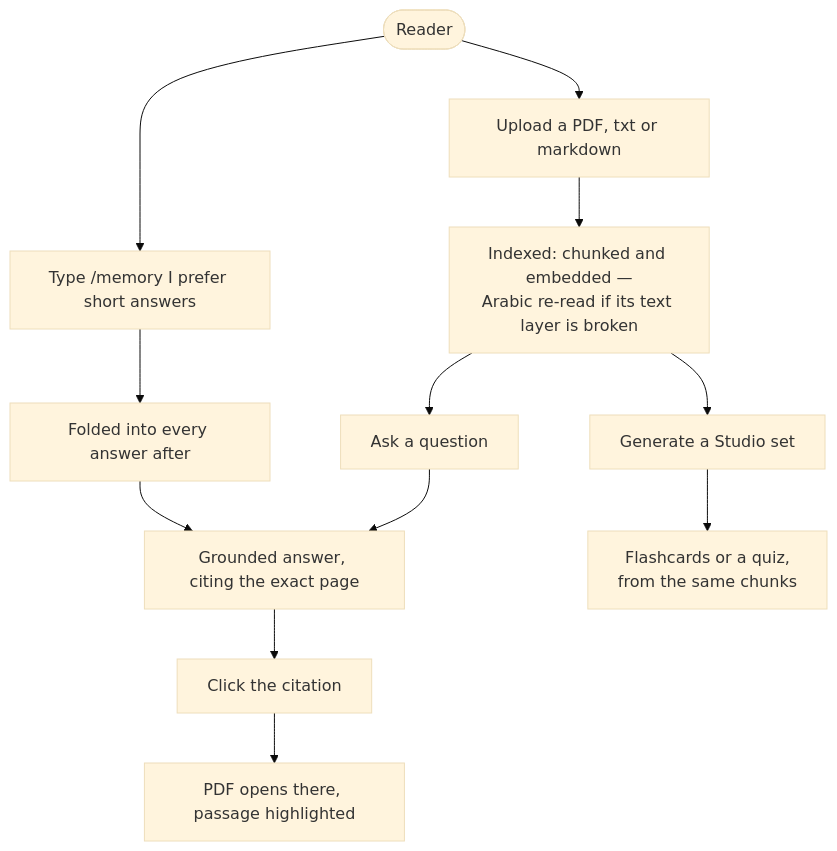
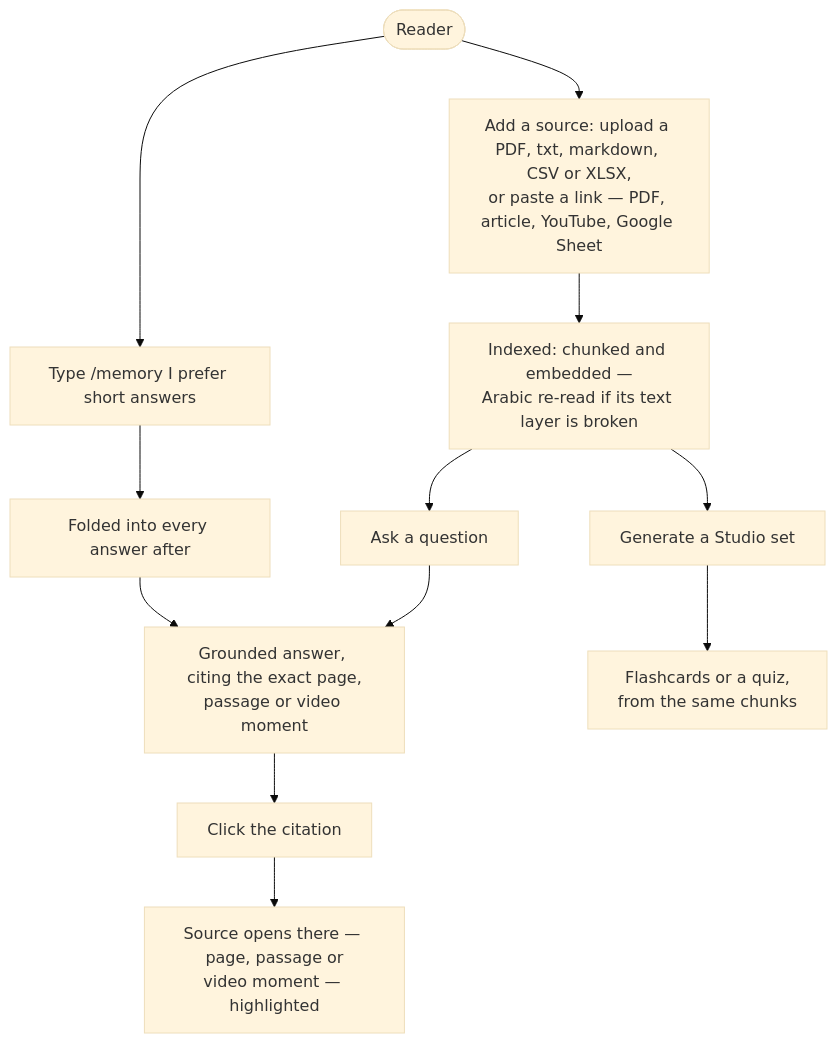
Before and after one commit to omarTBakr/notebookllm-minus: the first of 5 diagrams in README.md, drawn with Mermaid (base theme). The commit also changed other lines of this file and 172 other files, not shown here.

````diff
--- a/README.md
+++ b/README.md
@@ -63,19 +73,19 @@
 ```mermaid
 flowchart TD
     reader(["Reader"])
-    upload["Upload a PDF, txt or markdown"]
+    upload["Add a source: upload a PDF, txt, markdown, CSV or XLSX,<br/>or paste a link — PDF, article, YouTube, Google Sheet"]
     index["Indexed: chunked and embedded —<br/>Arabic re-read if its text layer is broken"]
     ask["Ask a question"]
-    answer["Grounded answer, citing the exact page"]
+    answer["Grounded answer, citing the exact page,<br/>passage or video moment"]
     cite["Click the citation"]
-    open["PDF opens there, passage highlighted"]
+    open["Source opens there — page, passage or<br/>video moment — highlighted"]
     studio["Generate a Studio set"]
     cards["Flashcards or a quiz,<br/>from the same chunks"]
     memory["Type /memory I prefer short answers"]
     remember["Folded into every answer after"]
 
     reader --> upload --> index
     index --> ask --> answer --> cite --> open
     index --> studio --> cards
     reader --> memory --> remember --> answer
 ```
````
